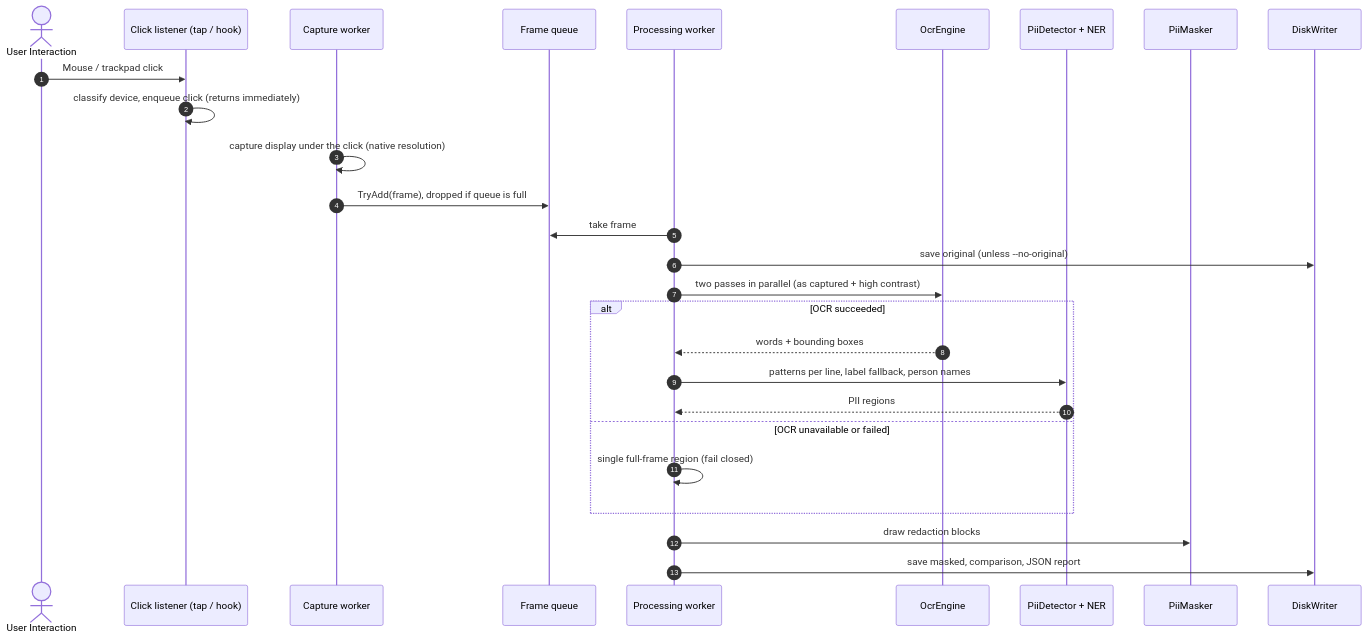
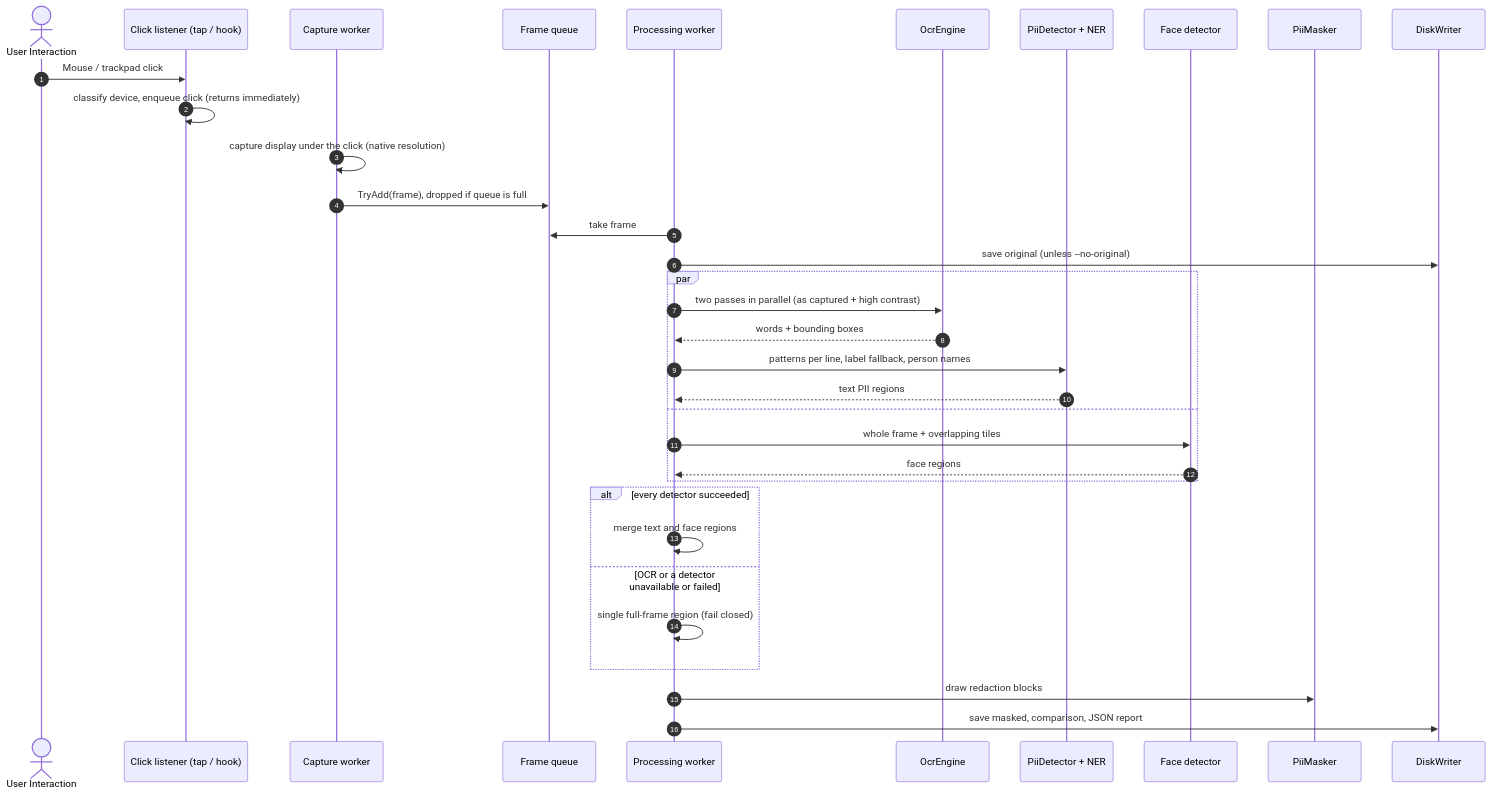
The second of 2 diagrams in docs/HLD.md (Deeps72-ux/screenguard-pii-masker), drawn with Mermaid before and after one commit. The commit also changed other lines of this file and 17 other files, not shown here.

````diff
--- a/docs/HLD.md
+++ b/docs/HLD.md
@@ -126,30 +133,37 @@
 ```mermaid
 sequenceDiagram
     autonumber
     actor User as User Interaction
     participant Input as Click listener (tap / hook)
     participant Worker as Capture worker
     participant Q as Frame queue
     participant Proc as Processing worker
     participant OCR as OcrEngine
     participant PII as PiiDetector + NER
+    participant Face as Face detector
     participant Masker as PiiMasker
     participant Disk as DiskWriter
 
     User->>Input: Mouse / trackpad click
     Input->>Input: classify device, enqueue click (returns immediately)
     Worker->>Worker: capture display under the click (native resolution)
     Worker->>Q: TryAdd(frame), dropped if queue is full
     Proc->>Q: take frame
     Proc->>Disk: save original (unless --no-original)
-    Proc->>OCR: two passes in parallel (as captured + high contrast)
-    alt OCR succeeded
+    par
+        Proc->>OCR: two passes in parallel (as captured + high contrast)
         OCR-->>Proc: words + bounding boxes
         Proc->>PII: patterns per line, label fallback, person names
-        PII-->>Proc: PII regions
-    else OCR unavailable or failed
+        PII-->>Proc: text PII regions
+    and
+        Proc->>Face: whole frame + overlapping tiles
+        Face-->>Proc: face regions
+    end
+    alt every detector succeeded
+        Proc->>Proc: merge text and face regions
+    else OCR or a detector unavailable or failed
         Proc->>Proc: single full-frame region (fail closed)
     end
     Proc->>Masker: draw redaction blocks
     Proc->>Disk: save masked, comparison, JSON report
 ```
````
